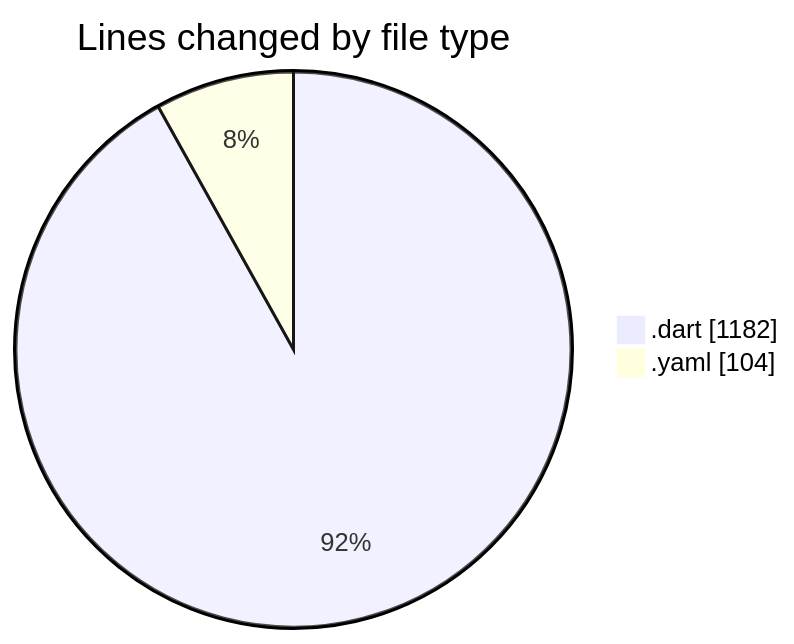
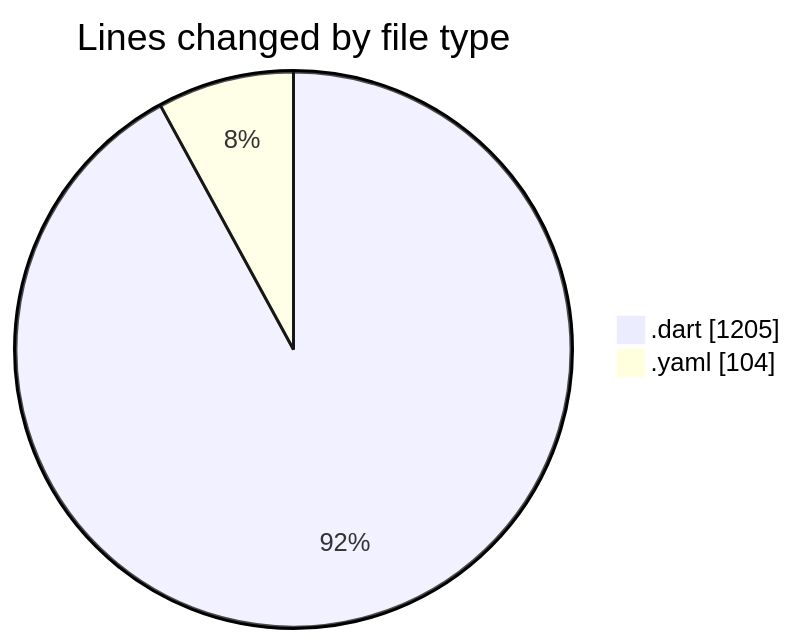
One commit to donsfak/code-tracking changed the first of 2 diagrams in 2025-03-08/uber_clone/README.md. Above: the diagram before and after it, drawn with Mermaid. The commit also changed other lines of this file and 1 other file, not shown here.

````diff
--- a/2025-03-08/uber_clone/README.md
+++ b/2025-03-08/uber_clone/README.md
@@ -22,6 +22,6 @@
 ```mermaid
 pie showData
 title Lines changed by file type
-".dart" : 1182
+".dart" : 1205
 ".yaml" : 104
 ```
````
